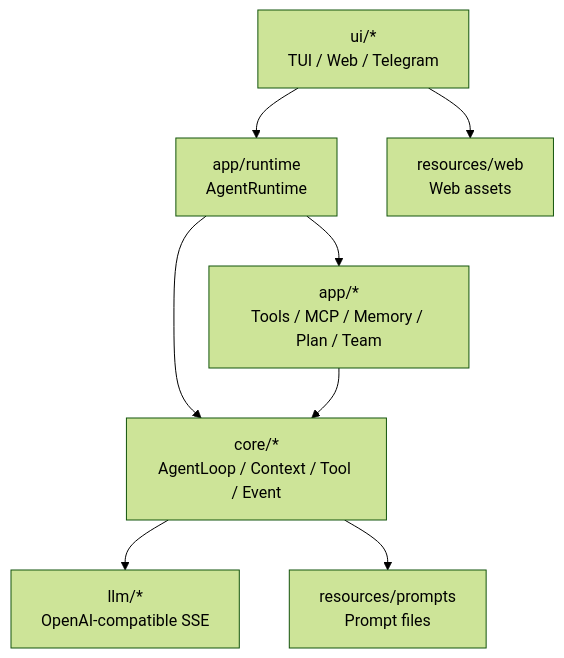
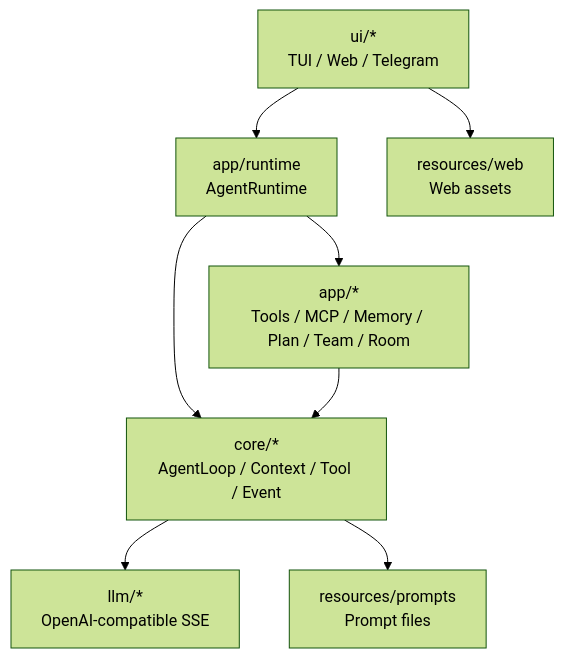
The diagram in docs/ai-readme/generated/project-structure.md (yangzhb-cn/aster), drawn with Mermaid (forest theme) before and after one commit. The commit also changed other lines of this file and 61 other files, not shown here.

````diff
--- a/docs/ai-readme/generated/project-structure.md
+++ b/docs/ai-readme/generated/project-structure.md
@@ -60,10 +61,10 @@
 ```mermaid
 flowchart TD
     UI["ui/*\nTUI / Web / Telegram"] --> Runtime["app/runtime\nAgentRuntime"]
-    Runtime --> App["app/*\nTools / MCP / Memory / Plan / Team"]
+    Runtime --> App["app/*\nTools / MCP / Memory / Plan / Team / Room"]
     Runtime --> Core["core/*\nAgentLoop / Context / Tool / Event"]
     App --> Core
     Core --> LLM["llm/*\nOpenAI-compatible SSE"]
     Core --> Resources["resources/prompts\nPrompt files"]
     UI --> ResourcesWeb["resources/web\nWeb assets"]
 ```
````
